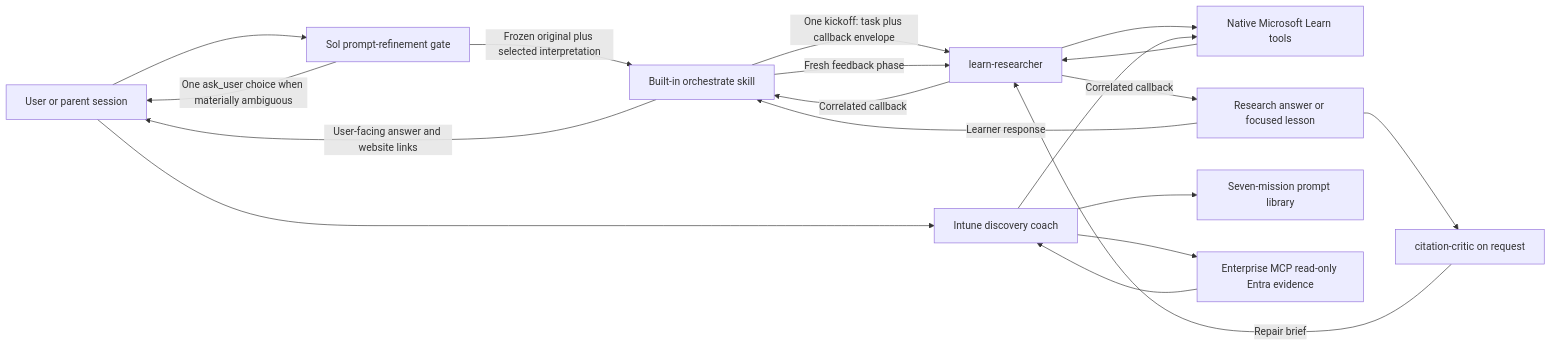
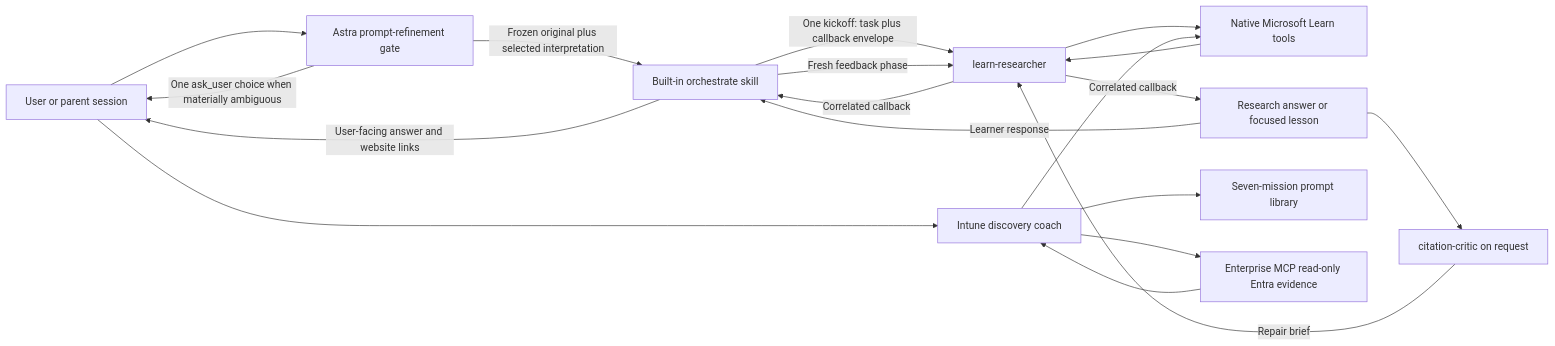
The diagram in docs/architecture.md (msucharda/azure-learn-copilot-app), drawn with Mermaid before and after one commit. The commit also changed other lines of this file and 7 other files, not shown here.

````diff
--- a/docs/architecture.md
+++ b/docs/architecture.md
@@ -7,21 +7,21 @@
 ```mermaid
 flowchart LR
-    U[User or parent session] --> P[Sol prompt-refinement gate]
+    U[User or parent session] --> P[Astra prompt-refinement gate]
     P -->|One ask_user choice when materially ambiguous| U
     P -->|Frozen original plus selected interpretation| O[Built-in orchestrate skill]
     O -->|One kickoff: task plus callback envelope| R[learn-researcher]
     R --> L[Native Microsoft Learn tools]
     L --> R
     R -->|Correlated callback| A[Research answer or focused lesson]
     A --> C[citation-critic on request]
     C -->|Repair brief| R
     A -->|Learner response| O
     O -->|Fresh feedback phase| R
     R -->|Correlated callback| O
     O -->|User-facing answer and website links| U
     U --> I[Intune discovery coach]
     I --> M[Seven-mission prompt library]
     I --> L
     I --> E[Enterprise MCP read-only Entra evidence]
     E --> I
 ```
````
